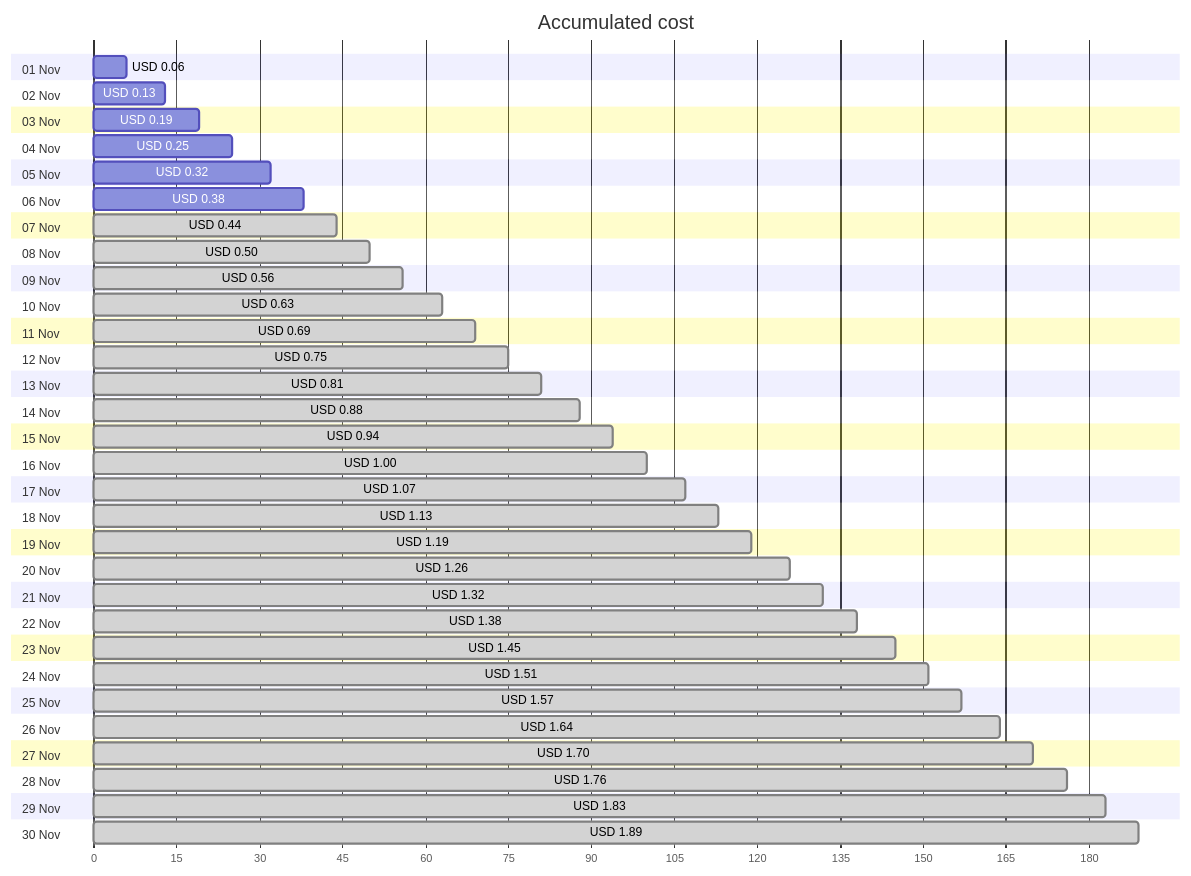
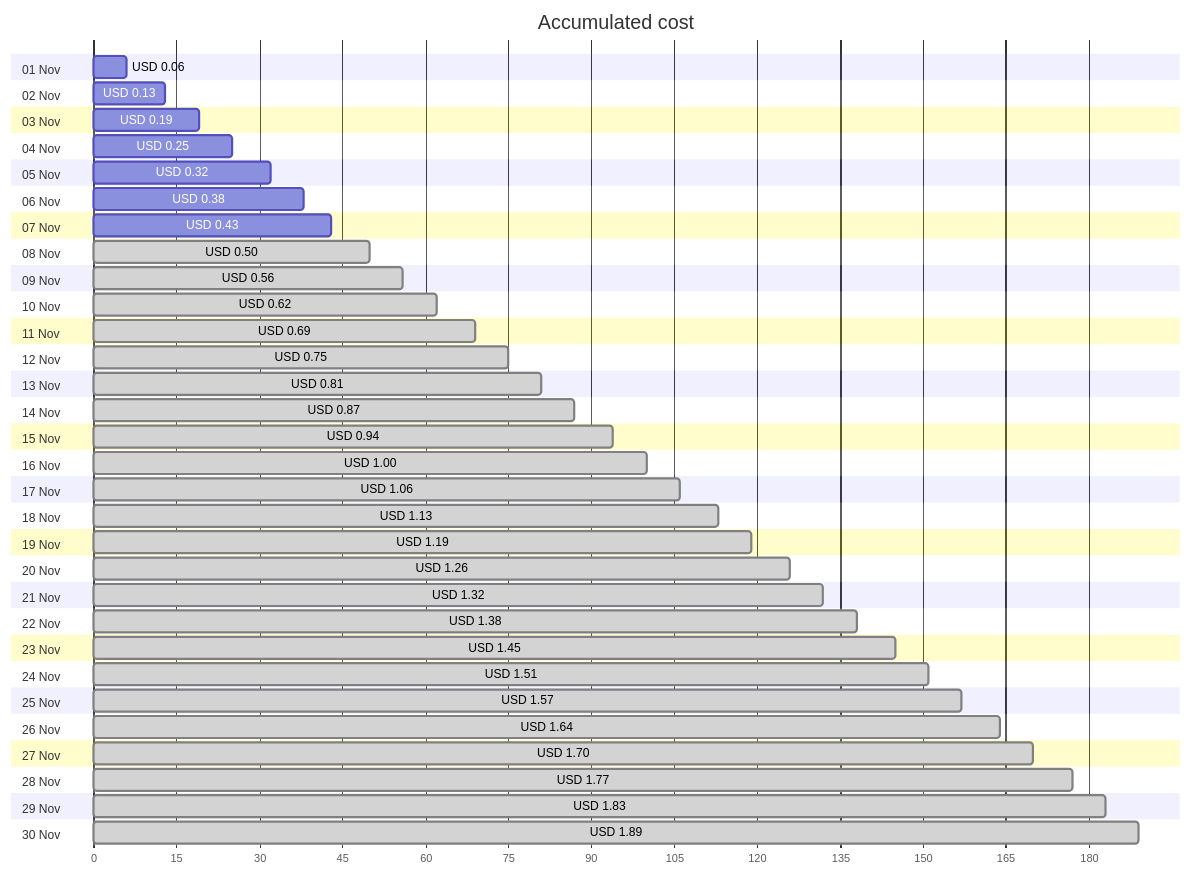
One commit to jpfulton/azure-personal-reports changed the first of 4 diagrams in cost-reports/personal-network/vpn-server_OsDisk.md. Above: the diagram before and after it, drawn with Mermaid. The commit also changed other lines of this file and 8 other files, not shown here.

````diff
--- a/cost-reports/personal-network/vpn-server_OsDisk.md
+++ b/cost-reports/personal-network/vpn-server_OsDisk.md
@@ -20,66 +20,66 @@
 ```mermaid
 gantt
    title Accumulated cost
    dateFormat  X
    axisFormat %s
    section 01 Nov
    USD 0.06 :0, 6
    section 02 Nov
    USD 0.13 :0, 13
    section 03 Nov
    USD 0.19 :0, 19
    section 04 Nov
    USD 0.25 :0, 25
    section 05 Nov
    USD 0.32 :0, 32
    section 06 Nov
    USD 0.38 :0, 38
    section 07 Nov
-   USD 0.44 : done, 0, 44
+   USD 0.43 :0, 43
    section 08 Nov
    USD 0.50 : done, 0, 50
    section 09 Nov
    USD 0.56 : done, 0, 56
    section 10 Nov
-   USD 0.63 : done, 0, 63
+   USD 0.62 : done, 0, 62
    section 11 Nov
    USD 0.69 : done, 0, 69
    section 12 Nov
    USD 0.75 : done, 0, 75
    section 13 Nov
    USD 0.81 : done, 0, 81
    section 14 Nov
-   USD 0.88 : done, 0, 88
+   USD 0.87 : done, 0, 87
    section 15 Nov
    USD 0.94 : done, 0, 94
    section 16 Nov
    USD 1.00 : done, 0, 100
    section 17 Nov
-   USD 1.07 : done, 0, 107
+   USD 1.06 : done, 0, 106
    section 18 Nov
    USD 1.13 : done, 0, 113
    section 19 Nov
    USD 1.19 : done, 0, 119
    section 20 Nov
    USD 1.26 : done, 0, 126
    section 21 Nov
    USD 1.32 : done, 0, 132
    section 22 Nov
    USD 1.38 : done, 0, 138
    section 23 Nov
    USD 1.45 : done, 0, 145
    section 24 Nov
    USD 1.51 : done, 0, 151
    section 25 Nov
    USD 1.57 : done, 0, 157
    section 26 Nov
    USD 1.64 : done, 0, 164
    section 27 Nov
    USD 1.70 : done, 0, 170
    section 28 Nov
-   USD 1.76 : done, 0, 176
+   USD 1.77 : done, 0, 177
    section 29 Nov
    USD 1.83 : done, 0, 183
    section 30 Nov
    USD 1.89 : done, 0, 189
 ```
````
